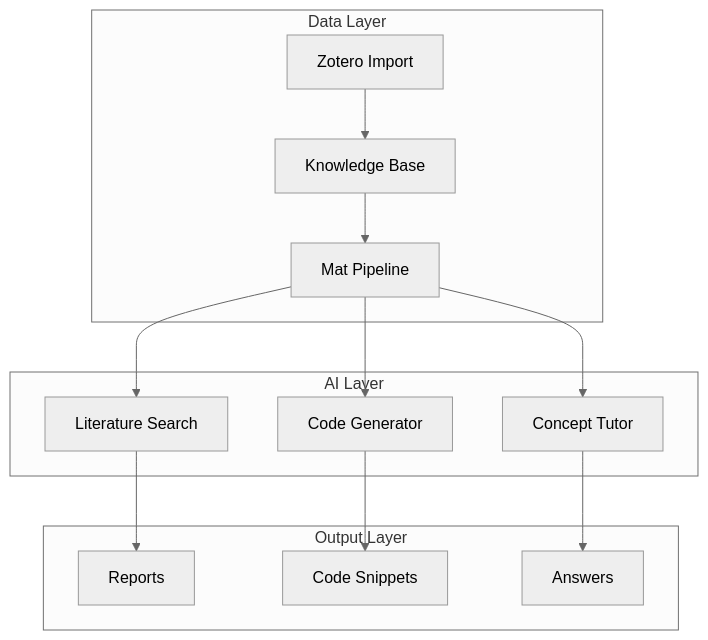
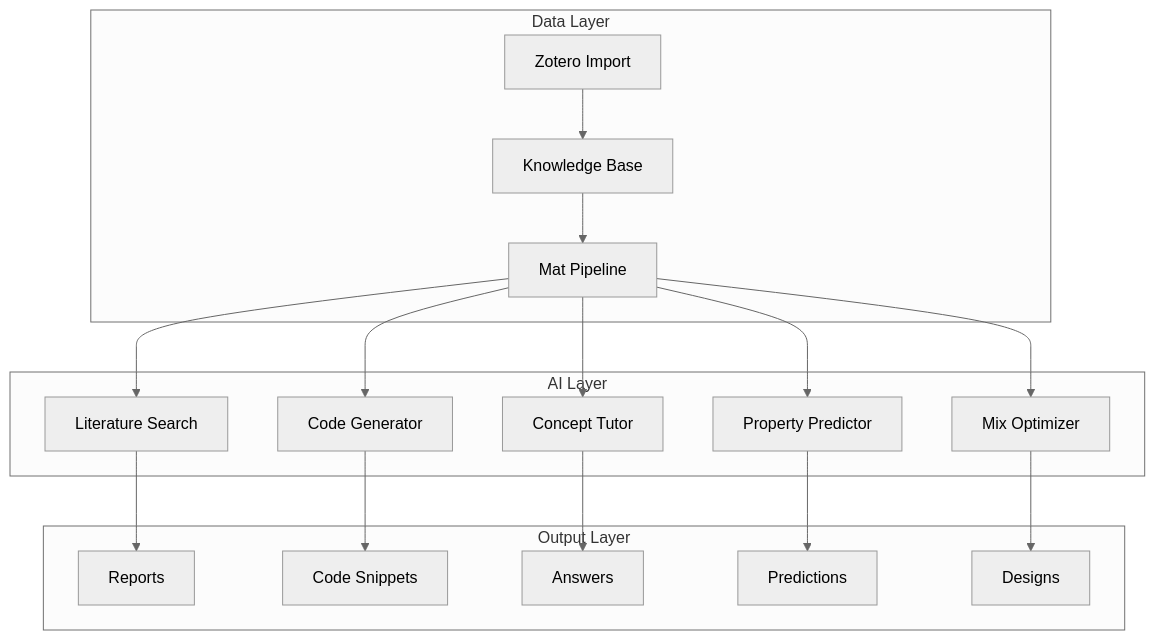
The diagram in README.md (tsingxuanhan/materials-ai-kit), drawn with Mermaid (neutral theme) before and after one commit. The commit also changed other lines of this file, not shown here.

````diff
--- a/README.md
+++ b/README.md
@@ -56,19 +55,23 @@
 ```mermaid
 graph TB
     subgraph "Data Layer"
         KB[Knowledge Base] --> MP[Mat Pipeline]
         ZT[Zotero Import] --> KB
     end
     
     subgraph "AI Layer"
         MP --> LS[Literature Search]
         MP --> CG[Code Generator]
         MP --> CT[Concept Tutor]
+        MP --> PP[Property Predictor]
+        MP --> MO[Mix Optimizer]
     end
     
     subgraph "Output Layer"
         LS --> RP[Reports]
         CG --> CODE[Code Snippets]
         CT --> ANS[Answers]
+        PP --> PRED[Predictions]
+        MO --> DES[Designs]
     end
 ```
````
